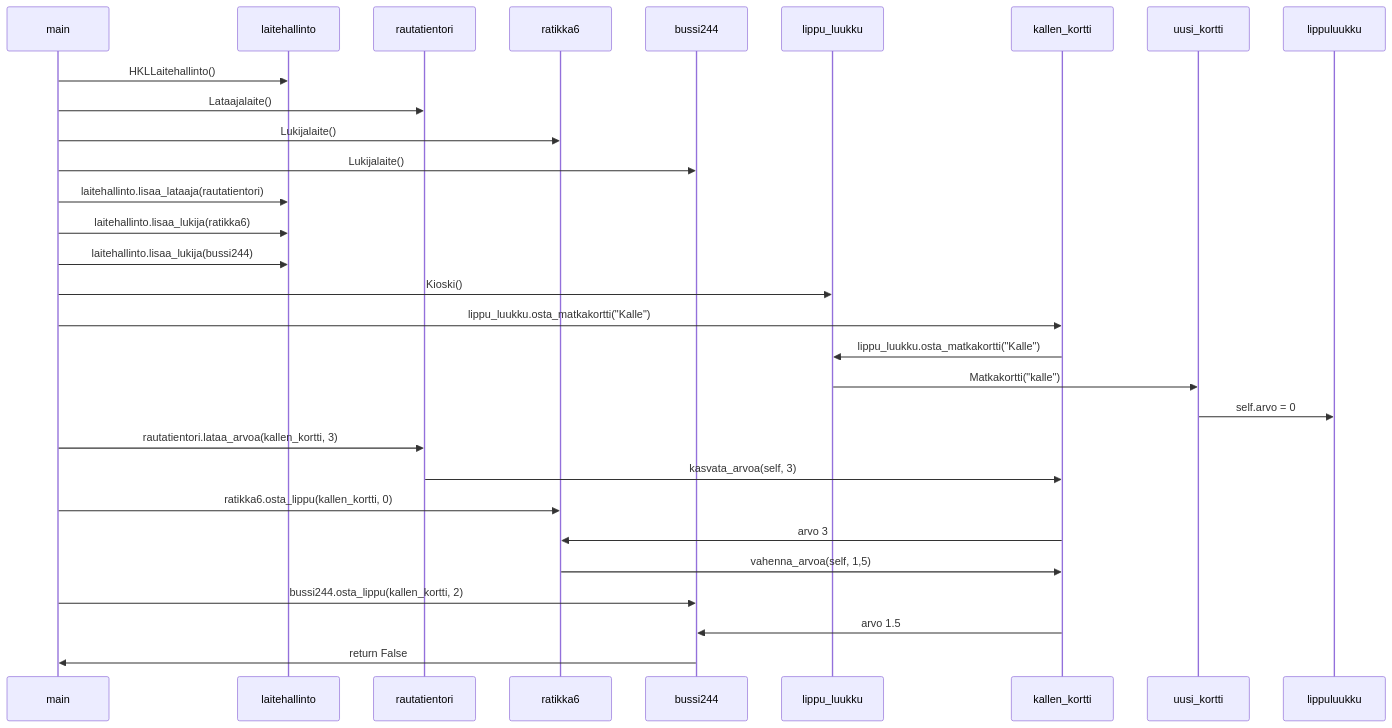
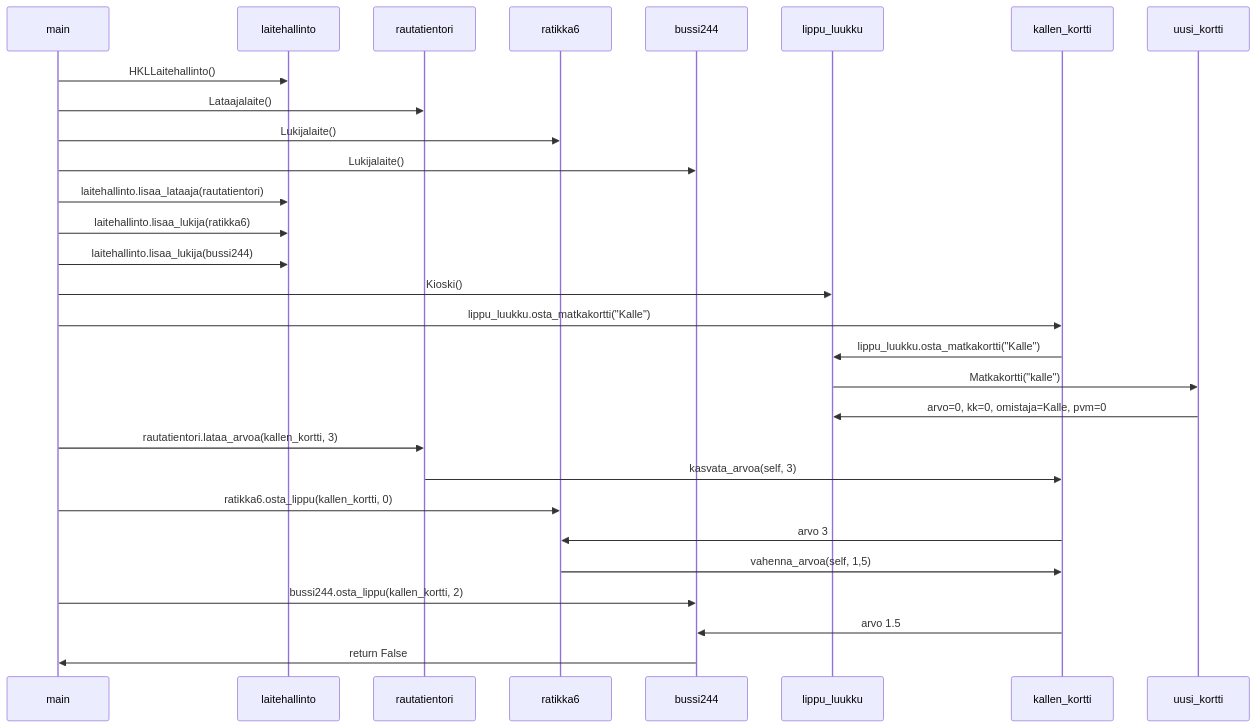
One commit to kodtld/TravelHub changed the diagram in laskarit/viikko3/teht_4_sekvenssikaavio.md. Above: the diagram before and after it, drawn with Mermaid.

````diff
--- a/laskarit/viikko3/teht_4_sekvenssikaavio.md
+++ b/laskarit/viikko3/teht_4_sekvenssikaavio.md
@@ -1,24 +1,24 @@
 ```mermaid
  sequenceDiagram
      main->>laitehallinto: HKLLaitehallinto()
      main->>rautatientori : Lataajalaite()
      main->>ratikka6 : Lukijalaite()
      main->>bussi244 : Lukijalaite()
      main->>laitehallinto: laitehallinto.lisaa_lataaja(rautatientori)
      main->>laitehallinto: laitehallinto.lisaa_lukija(ratikka6)
      main->>laitehallinto: laitehallinto.lisaa_lukija(bussi244)
      main->>lippu_luukku: Kioski()
      main->>kallen_kortti: lippu_luukku.osta_matkakortti("Kalle")
      kallen_kortti->>lippu_luukku: lippu_luukku.osta_matkakortti("Kalle")
      lippu_luukku->>uusi_kortti: Matkakortti("kalle")
-     uusi_kortti->>lippuluukku: self.arvo = 0
+     uusi_kortti->>lippu_luukku: arvo=0, kk=0, omistaja=Kalle, pvm=0
      main->>rautatientori : rautatientori.lataa_arvoa(kallen_kortti, 3)
      rautatientori->>kallen_kortti: kasvata_arvoa(self, 3)
      main->>ratikka6: ratikka6.osta_lippu(kallen_kortti, 0)
      kallen_kortti->>ratikka6: arvo 3
      ratikka6->>kallen_kortti: vahenna_arvoa(self, 1,5)
      main->>bussi244: bussi244.osta_lippu(kallen_kortti, 2)
      kallen_kortti->>bussi244: arvo 1.5
      bussi244->>main: return False
 
 ```
````
